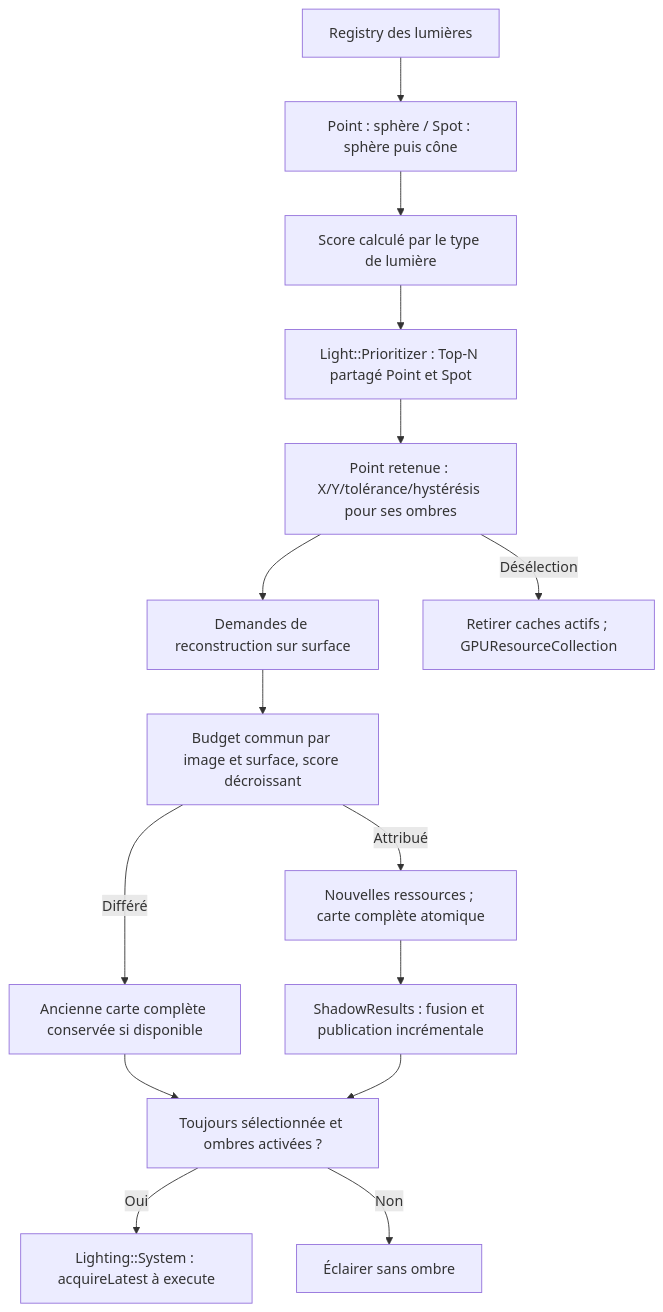
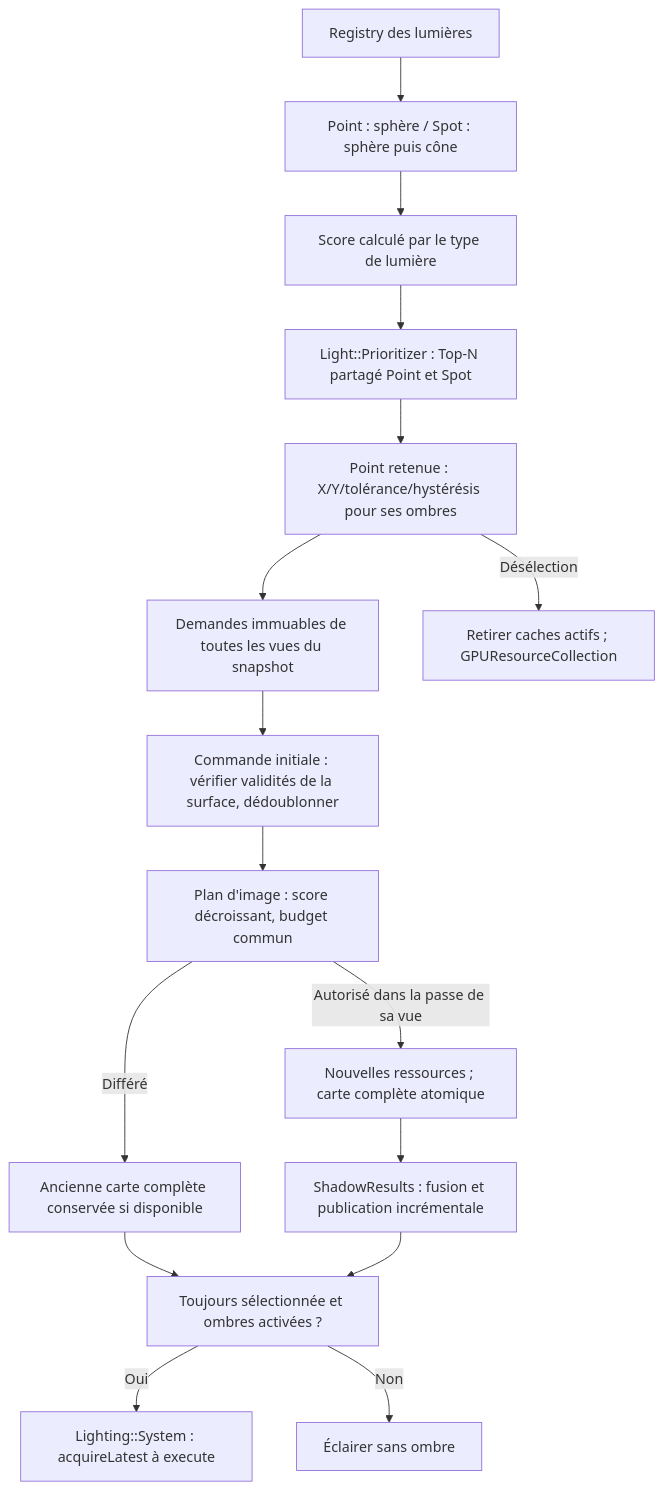
Before and after one commit to EreliaStudio/Sparkle: the ninth of 10 diagrams in docs/voxel-engine-v0.1.4/08-lumieres-et-ombres.md, drawn with Mermaid. The commit also changed other lines of this file, not shown here.

Commit message:
docs(v0.1.4): define global per-surface point shadow preparation Q-ARCH-002

````diff
--- a/docs/voxel-engine-v0.1.4/08-lumieres-et-ombres.md
+++ b/docs/voxel-engine-v0.1.4/08-lumieres-et-ombres.md
@@ -414,17 +425,18 @@
 ```mermaid
 flowchart TD
   Registry["Registry des lumières"] --> Volume["Point : sphère / Spot : sphère puis cône"]
   Volume --> Score["Score calculé par le type de lumière"]
   Score --> Prior["Light::Prioritizer : Top-N partagé Point et Spot"]
   Prior --> Shadow["Point retenue : X/Y/tolérance/hystérésis pour ses ombres"]
-  Shadow --> Requests["Demandes de reconstruction sur surface"]
-  Requests --> Budget["Budget commun par image et surface, score décroissant"]
-  Budget -->|"Attribué"| New["Nouvelles ressources ; carte complète atomique"]
+  Shadow --> Requests["Demandes immuables de toutes les vues du snapshot"]
+  Requests --> Prepare["Commande initiale : vérifier validités de la surface, dédoublonner"]
+  Prepare --> Budget["Plan d'image : score décroissant, budget commun"]
+  Budget -->|"Autorisé dans la passe de sa vue"| New["Nouvelles ressources ; carte complète atomique"]
   New --> Publish["ShadowResults : fusion et publication incrémentale"]
   Budget -->|"Différé"| Old["Ancienne carte complète conservée si disponible"]
   Old --> Gate["Toujours sélectionnée et ombres activées ?"]
   Publish --> Gate
   Gate -->|"Oui"| Read["Lighting::System : acquireLatest à execute"]
   Gate -->|"Non"| Off["Éclairer sans ombre"]
   Shadow -->|"Désélection"| Evict["Retirer caches actifs ; GPUResourceCollection"]
 ```
````
